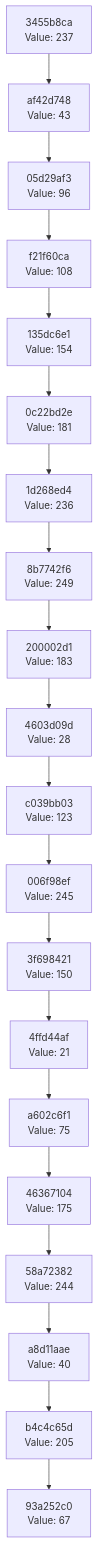
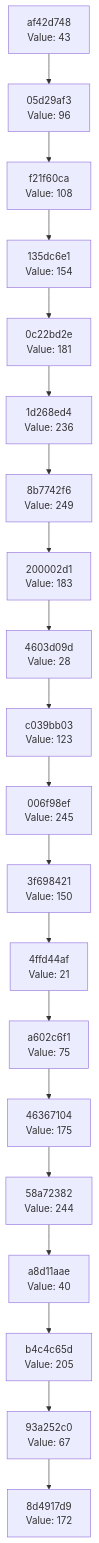
Before and after one commit to Abhisheksinha1506/hash-chain-evolver: the diagram in docs/CHAIN_VISUALIZATION.md, drawn with Mermaid. The commit also changed 3 other files, not shown here.

````diff
--- a/docs/CHAIN_VISUALIZATION.md
+++ b/docs/CHAIN_VISUALIZATION.md
@@ -3,42 +3,42 @@
 ```mermaid
 graph TD
-    C0["93a252c0<br/>Value: 67"]
-    C1["b4c4c65d<br/>Value: 205"]
+    C0["8d4917d9<br/>Value: 172"]
+    C1["93a252c0<br/>Value: 67"]
     C1 --> C0
-    C2["a8d11aae<br/>Value: 40"]
+    C2["b4c4c65d<br/>Value: 205"]
     C2 --> C1
-    C3["58a72382<br/>Value: 244"]
+    C3["a8d11aae<br/>Value: 40"]
     C3 --> C2
-    C4["46367104<br/>Value: 175"]
+    C4["58a72382<br/>Value: 244"]
     C4 --> C3
-    C5["a602c6f1<br/>Value: 75"]
+    C5["46367104<br/>Value: 175"]
     C5 --> C4
-    C6["4ffd44af<br/>Value: 21"]
+    C6["a602c6f1<br/>Value: 75"]
     C6 --> C5
-    C7["3f698421<br/>Value: 150"]
+    C7["4ffd44af<br/>Value: 21"]
     C7 --> C6
-    C8["006f98ef<br/>Value: 245"]
+    C8["3f698421<br/>Value: 150"]
     C8 --> C7
-    C9["c039bb03<br/>Value: 123"]
+    C9["006f98ef<br/>Value: 245"]
     C9 --> C8
-    C10["4603d09d<br/>Value: 28"]
+    C10["c039bb03<br/>Value: 123"]
     C10 --> C9
-    C11["200002d1<br/>Value: 183"]
+    C11["4603d09d<br/>Value: 28"]
     C11 --> C10
-    C12["8b7742f6<br/>Value: 249"]
+    C12["200002d1<br/>Value: 183"]
     C12 --> C11
-    C13["1d268ed4<br/>Value: 236"]
+    C13["8b7742f6<br/>Value: 249"]
     C13 --> C12
-    C14["0c22bd2e<br/>Value: 181"]
+    C14["1d268ed4<br/>Value: 236"]
     C14 --> C13
-    C15["135dc6e1<br/>Value: 154"]
+    C15["0c22bd2e<br/>Value: 181"]
     C15 --> C14
-    C16["f21f60ca<br/>Value: 108"]
+    C16["135dc6e1<br/>Value: 154"]
     C16 --> C15
-    C17["05d29af3<br/>Value: 96"]
+    C17["f21f60ca<br/>Value: 108"]
     C17 --> C16
-    C18["af42d748<br/>Value: 43"]
+    C18["05d29af3<br/>Value: 96"]
     C18 --> C17
-    C19["3455b8ca<br/>Value: 237"]
+    C19["af42d748<br/>Value: 43"]
     C19 --> C18
 ```
````
